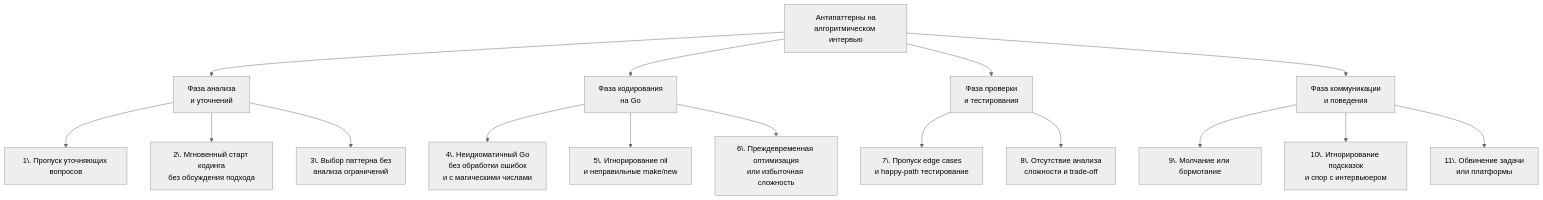
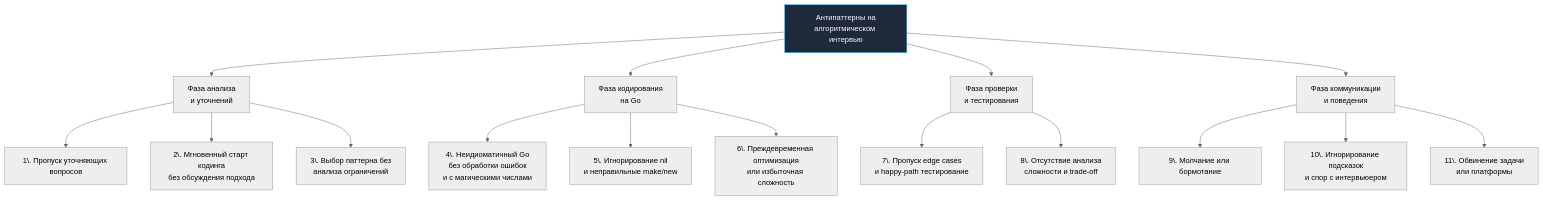
The diagram in sources/21. Задачи с LeetCode и собеседований на Go/01. Теория/26. Антипаттерны. Как проваливают алгоритмические интервью.md (UnrealTemplier/go-textbook), drawn with Mermaid (neutral theme) before and after one commit. The commit also changed 1666 other files, not shown here.

First line of the commit message:
feat(mermaid): add semantic color classDef to 1369 colorless flowchart/graph diagrams

````diff
--- a/sources/21. Задачи с LeetCode и собеседований на Go/01. Теория/26. Антипаттерны. Как проваливают алгоритмические интервью.md
+++ b/sources/21. Задачи с LeetCode и собеседований на Go/01. Теория/26. Антипаттерны. Как проваливают алгоритмические интервью.md
@@ -10,22 +10,32 @@
 ```mermaid
 flowchart TD
-    Start["Антипаттерны на<br>алгоритмическом интервью"] --> Phase1["Фаза анализа<br>и уточнений"]
+    classDef process  fill:#1e293b,stroke:#38bdf8,stroke-width:1px,color:#f8fafc
+    classDef success  fill:#064e3b,stroke:#34d399,stroke-width:1px,color:#f8fafc
+    classDef error    fill:#7f1d1d,stroke:#f87171,stroke-width:1px,color:#f8fafc
+    classDef warning  fill:#78350f,stroke:#fbbf24,stroke-width:1px,color:#f8fafc
+    classDef entry    fill:#1e3a5f,stroke:#38bdf8,stroke-width:2px,color:#f8fafc
+    classDef aux      fill:#334155,stroke:#64748b,stroke-width:1px,color:#f8fafc
+    classDef system   fill:#312e81,stroke:#a78bfa,stroke-width:1px,color:#f8fafc
+    classDef data     fill:#132d29,stroke:#2dd4bf,stroke-width:1px,color:#f8fafc
+    classDef network  fill:#881337,stroke:#fb7185,stroke-width:1px,color:#f8fafc
+    classDef accent   fill:#1e1b4b,stroke:#818cf8,stroke-width:1px,color:#f8fafc
+    Start["Антипаттерны на<br>алгоритмическом интервью"]:::process --> Phase1["Фаза анализа<br>и уточнений"]
     Start --> Phase2["Фаза кодирования<br>на Go"]
     Start --> Phase3["Фаза проверки<br>и тестирования"]
     Start --> Phase4["Фаза коммуникации<br>и поведения"]
 
     Phase1 --> A1["1\. Пропуск уточняющих вопросов"]
     Phase1 --> A2["2\. Мгновенный старт кодинга<br>без обсуждения подхода"]
     Phase1 --> A3["3\. Выбор паттерна без<br>анализа ограничений"]
 
     Phase2 --> B1["4\. Неидиоматичный Go<br>без обработки ошибок<br>и с магическими числами"]
     Phase2 --> B2["5\. Игнорирование nil<br>и неправильные make/new"]
     Phase2 --> B3["6\. Преждевременная оптимизация<br>или избыточная сложность"]
 
     Phase3 --> C1["7\. Пропуск edge cases<br>и happy-path тестирование"]
     Phase3 --> C2["8\. Отсутствие анализа<br>сложности и trade-off"]
 
     Phase4 --> D1["9\. Молчание или бормотание"]
     Phase4 --> D2["10\. Игнорирование подсказок<br>и спор с интервьюером"]
     Phase4 --> D3["11\. Обвинение задачи<br>или платформы"]
 ```
````
